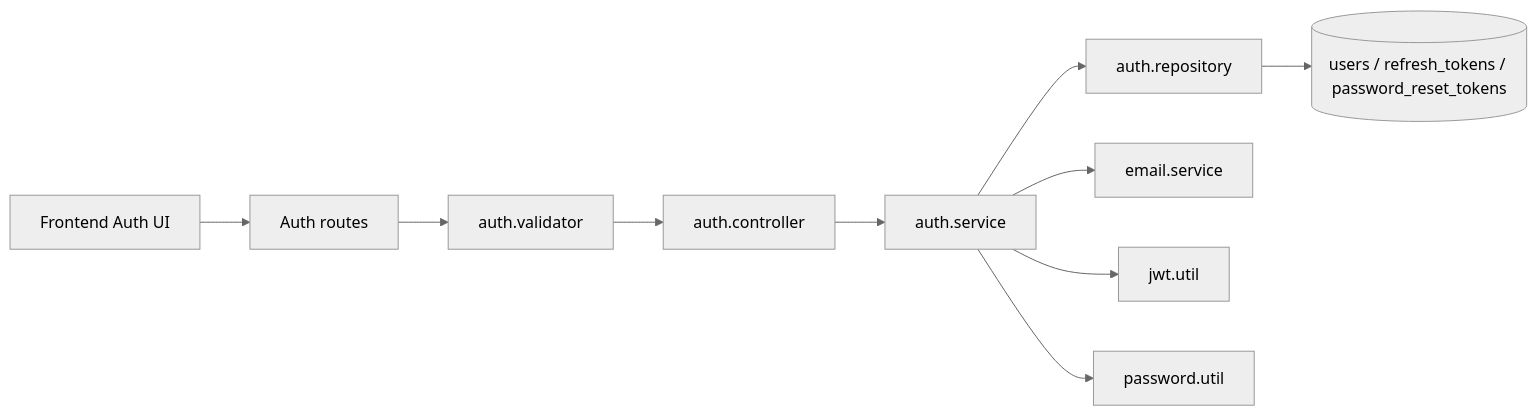
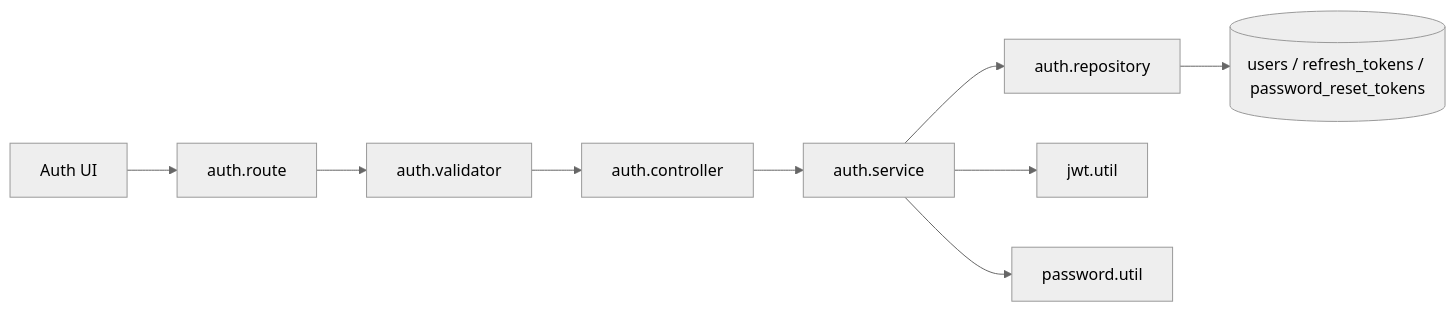
The first of 8 diagrams in docs/feature-flows.md (JamesHarrision/fessior-oj-backend), drawn with Mermaid (neutral theme) before and after one commit. The commit also changed other lines of this file and 15 other files, not shown here.

Commit message:
docs: document simplified mysql architecture

````diff
--- a/docs/feature-flows.md
+++ b/docs/feature-flows.md
@@ -9,12 +9,11 @@
 ```mermaid
 flowchart LR
-  FE[Frontend Auth UI] --> API[Auth routes]
+  FE[Auth UI] --> API[auth.route]
   API --> Validator[auth.validator]
   Validator --> Controller[auth.controller]
   Controller --> Service[auth.service]
   Service --> Repo[auth.repository]
   Repo --> MySQL[(users / refresh_tokens / password_reset_tokens)]
-  Service --> Email[email.service]
   Service --> JWT[jwt.util]
   Service --> Password[password.util]
 ```
````
